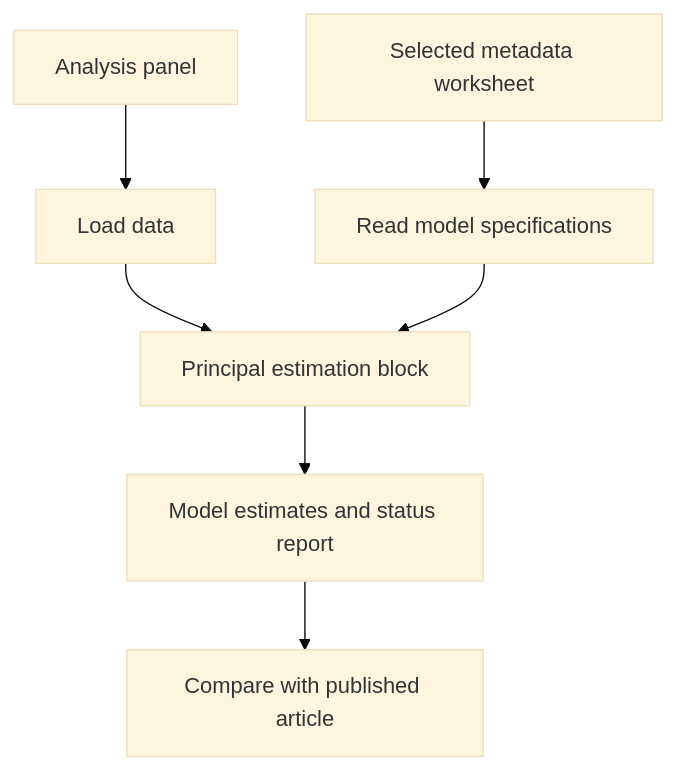
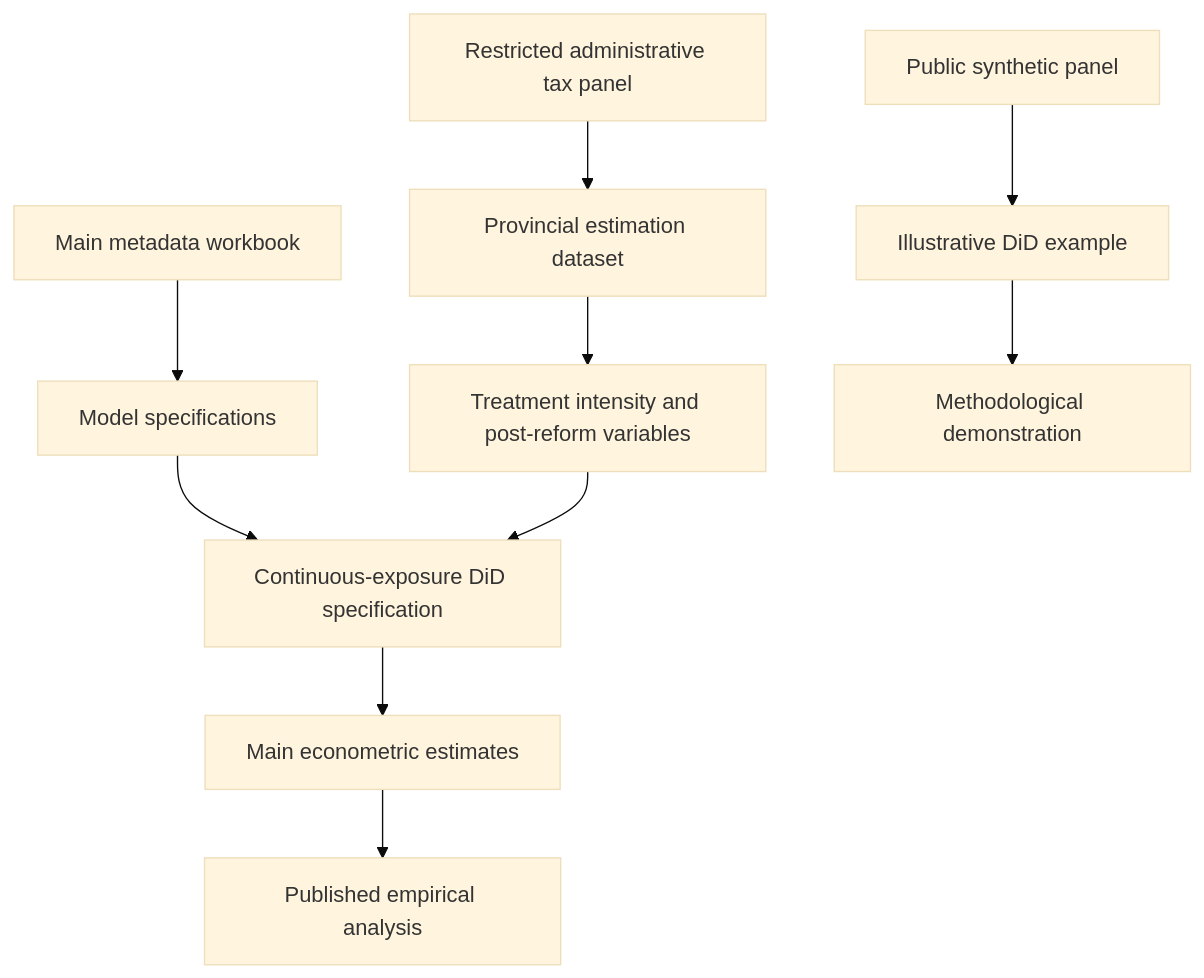
Before and after one commit to gmonturano/tax_evation_self_employed: the diagram in README.md, drawn with Mermaid (base theme). The commit also changed other lines of this file, not shown here.

````diff
--- a/README.md
+++ b/README.md
@@ -27,9 +87,16 @@
 ```mermaid
 flowchart TD
-    A[Analysis panel] --> C[Load data]
-    B[Selected metadata worksheet] --> D[Read model specifications]
-    C --> E[Principal estimation block]
-    D --> E
-    E --> F[Model estimates and status report]
-    F --> G[Compare with published article]
+    A["Restricted administrative tax panel"] --> B["Provincial estimation dataset"]
+    C["Main metadata workbook"] --> D["Model specifications"]
+
+    B --> E["Treatment intensity and post-reform variables"]
+    D --> F["Continuous-exposure DiD specification"]
+    E --> F
+
+    F --> G["Main econometric estimates"]
+
+    H["Public synthetic panel"] --> I["Illustrative DiD example"]
+    I --> J["Methodological demonstration"]
+
+    G --> K["Published empirical analysis"]
 ```
````
